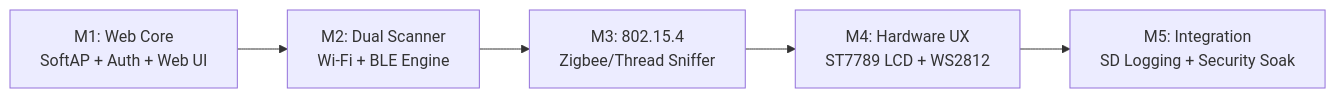
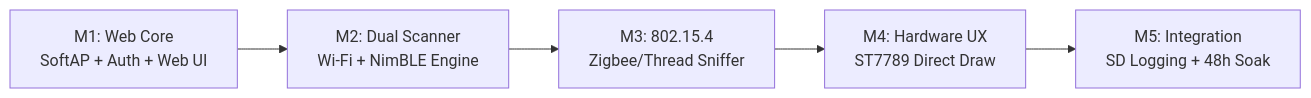
Before and after one commit to ChipCLee/esp32: the third of 3 diagrams in lafvin/design.md, drawn with Mermaid. The commit also changed other lines of this file, not shown here.

Commit message:
Add Flash and SRAM resource budgeting architecture to guarantee ESP32-C6 fitment

````diff
--- a/lafvin/design.md
+++ b/lafvin/design.md
@@ -258,7 +287,7 @@
 ```mermaid
 flowchart LR
-    M1["M1: Web Core<br>SoftAP + Auth + Web UI"] --> M2["M2: Dual Scanner<br>Wi-Fi + BLE Engine"]
+    M1["M1: Web Core<br>SoftAP + Auth + Web UI"] --> M2["M2: Dual Scanner<br>Wi-Fi + NimBLE Engine"]
     M2 --> M3["M3: 802.15.4<br>Zigbee/Thread Sniffer"]
-    M3 --> M4["M4: Hardware UX<br>ST7789 LCD + WS2812"]
-    M4 --> M5["M5: Integration<br>SD Logging + Security Soak"]
+    M3 --> M4["M4: Hardware UX<br>ST7789 Direct Draw"]
+    M4 --> M5["M5: Integration<br>SD Logging + 48h Soak"]
 ```
````
